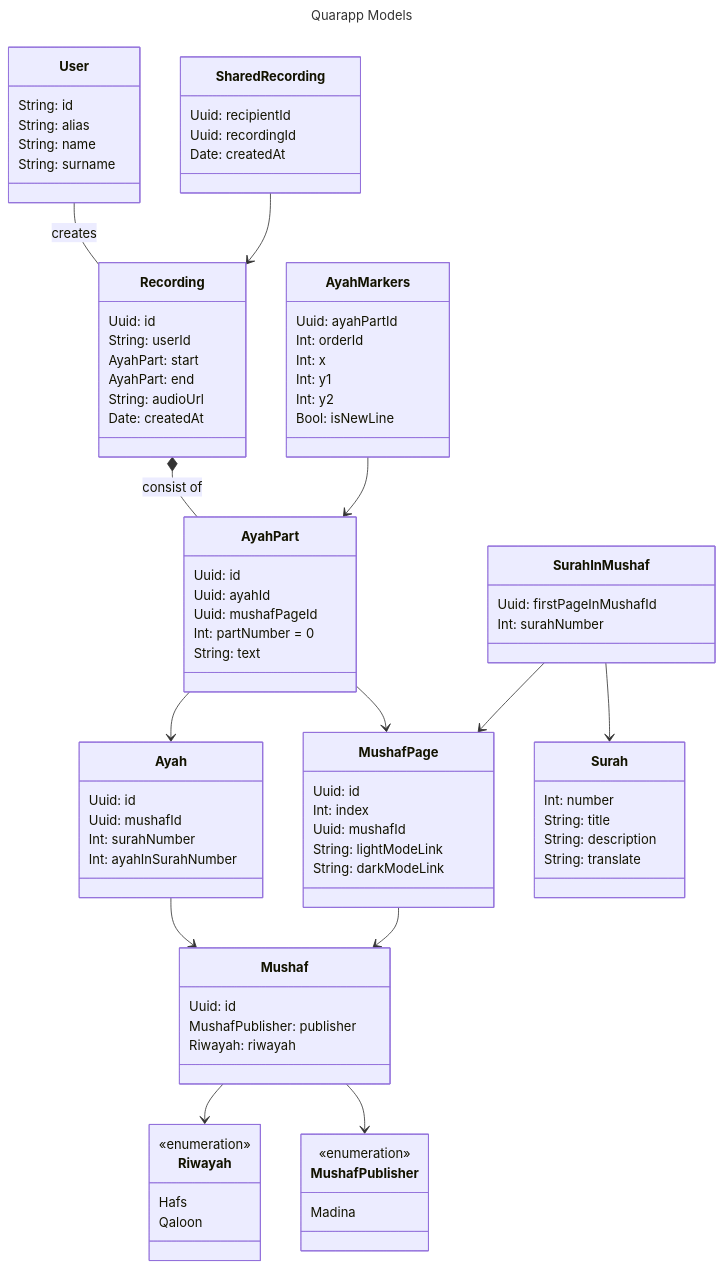
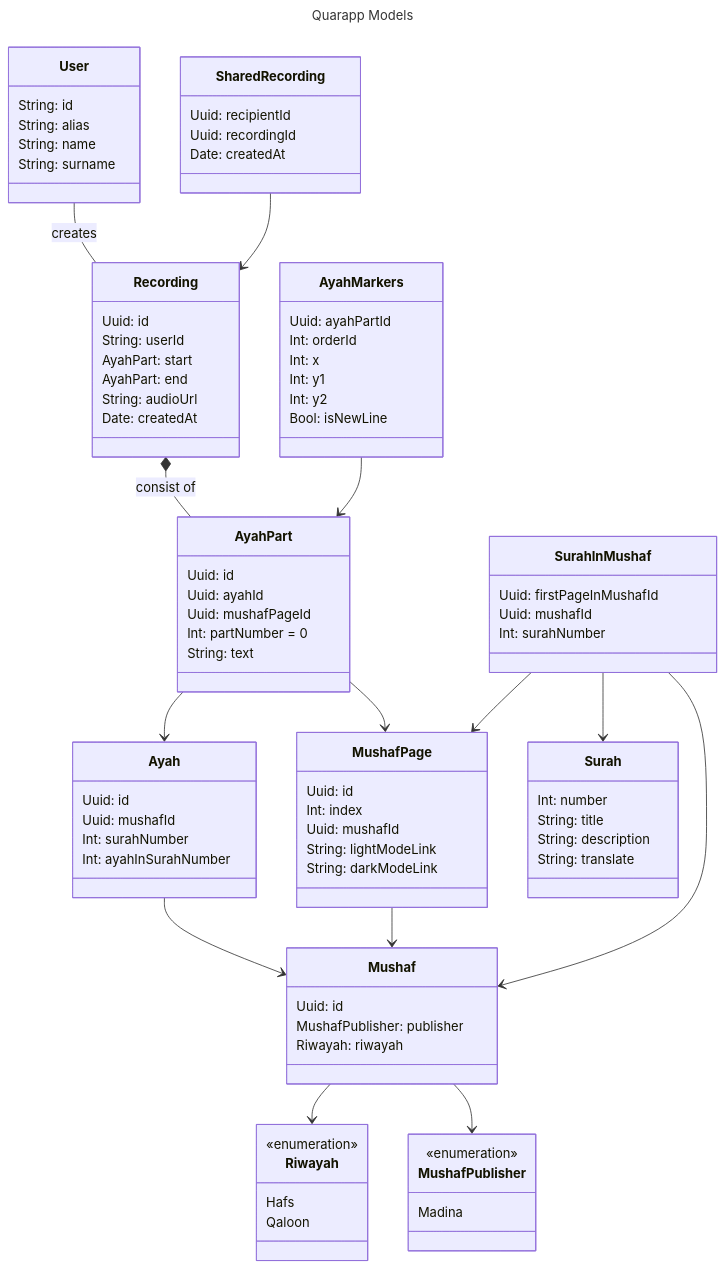
One commit to CrowdsourcingApps/QuaranApp_Backend changed the diagram in models_mvp_v2.mmd. Above: the diagram before and after it, drawn with Mermaid.

```diff
--- a/models_mvp_v2.mmd
+++ b/models_mvp_v2.mmd
@@ -1,88 +1,90 @@
 ---
 title: Quarapp Models
 ---
 classDiagram
 class Riwayah {
     <<enumeration>>
     Hafs
     Qaloon
 }
 class MushafPublisher {
     <<enumeration>>
     Madina
 }
 class User {
     String: id
     String: alias
     String: name
     String: surname
 }
 class Mushaf {
     Uuid: id
     MushafPublisher: publisher
     Riwayah: riwayah
 }
 class Surah {
     Int: number
     String: title
     String: description
     String: translate
 }
 
 class MushafPage {
     Uuid: id
     Int: index
     Uuid: mushafId
     String: lightModeLink
     String: darkModeLink
 }
 class Ayah {
     Uuid: id
     Uuid: mushafId
     Int: surahNumber
     Int: ayahInSurahNumber
 }
 class AyahPart {
     Uuid: id
     Uuid: ayahId
     Uuid: mushafPageId
     Int: partNumber = 0
     String: text
 }
 class SurahInMushaf {
     Uuid: firstPageInMushafId
+    Uuid: mushafId
     Int: surahNumber
 }
 class Recording {
     Uuid: id
     String: userId
     AyahPart: start
     AyahPart: end 
     String: audioUrl
     Date: createdAt
 }
 class SharedRecording {
     Uuid: recipientId
     Uuid: recordingId
     Date: createdAt
 }
 class AyahMarkers {
     Uuid: ayahPartId
     Int: orderId
     Int: x
     Int: y1
     Int: y2
     Bool: isNewLine
 }
 Recording *-- AyahPart: consist of
 User -- Recording: creates
 AyahPart --> Ayah
 AyahPart --> MushafPage
 Ayah --> Mushaf
 Mushaf --> Riwayah
 Mushaf --> MushafPublisher
 SharedRecording --> Recording
 AyahMarkers --> AyahPart
 MushafPage --> Mushaf
 SurahInMushaf --> MushafPage
 SurahInMushaf --> Surah
+SurahInMushaf --> Mushaf
```
